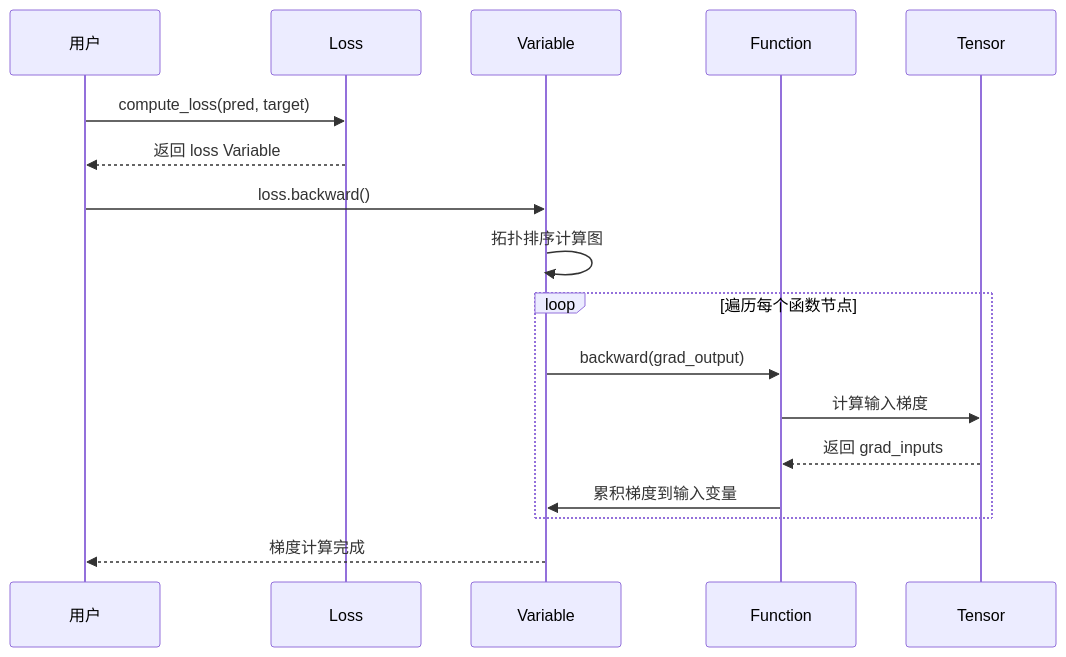
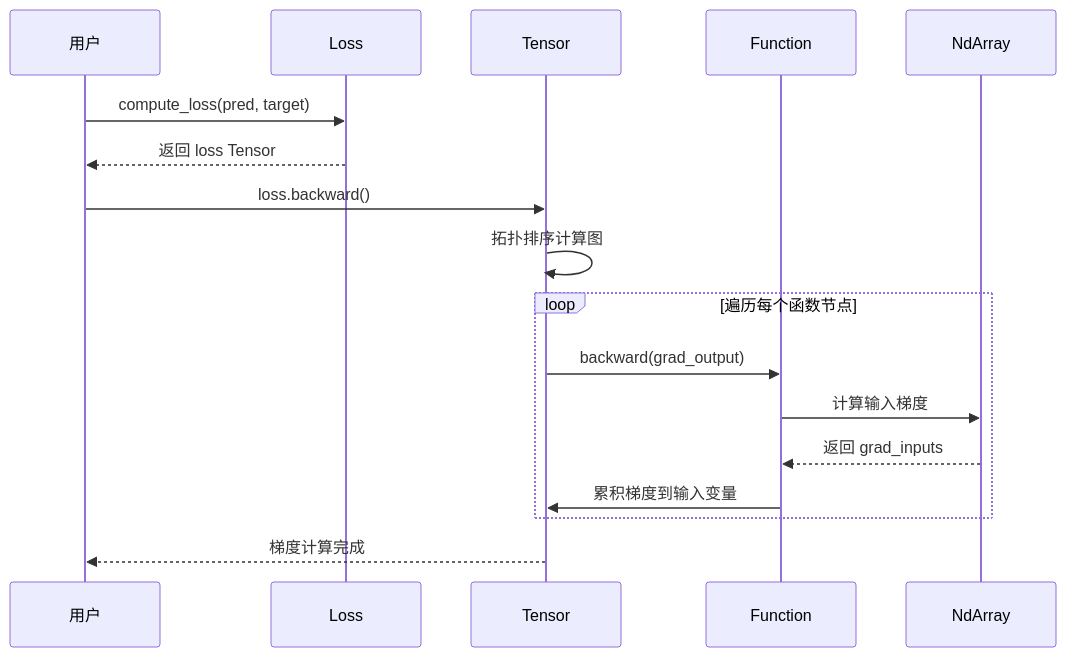
The seventh of 7 diagrams in docs/方案.md (Leavesfly/tinyTorch), drawn with Mermaid before and after one commit. The commit also changed other lines of this file and 47 other files, not shown here.

````diff
--- a/docs/方案.md
+++ b/docs/方案.md
@@ -793,20 +793,20 @@
 ```mermaid
 sequenceDiagram
     participant U as 用户
     participant L as Loss
-    participant V as Variable
+    participant V as Tensor
     participant F as Function
-    participant T as Tensor
+    participant T as NdArray
     
     U->>L: compute_loss(pred, target)
-    L-->>U: 返回 loss Variable
+    L-->>U: 返回 loss Tensor
     U->>V: loss.backward()
     V->>V: 拓扑排序计算图
     loop 遍历每个函数节点
         V->>F: backward(grad_output)
         F->>T: 计算输入梯度
         T-->>F: 返回 grad_inputs
         F->>V: 累积梯度到输入变量
     end
     V-->>U: 梯度计算完成
 ```
````
